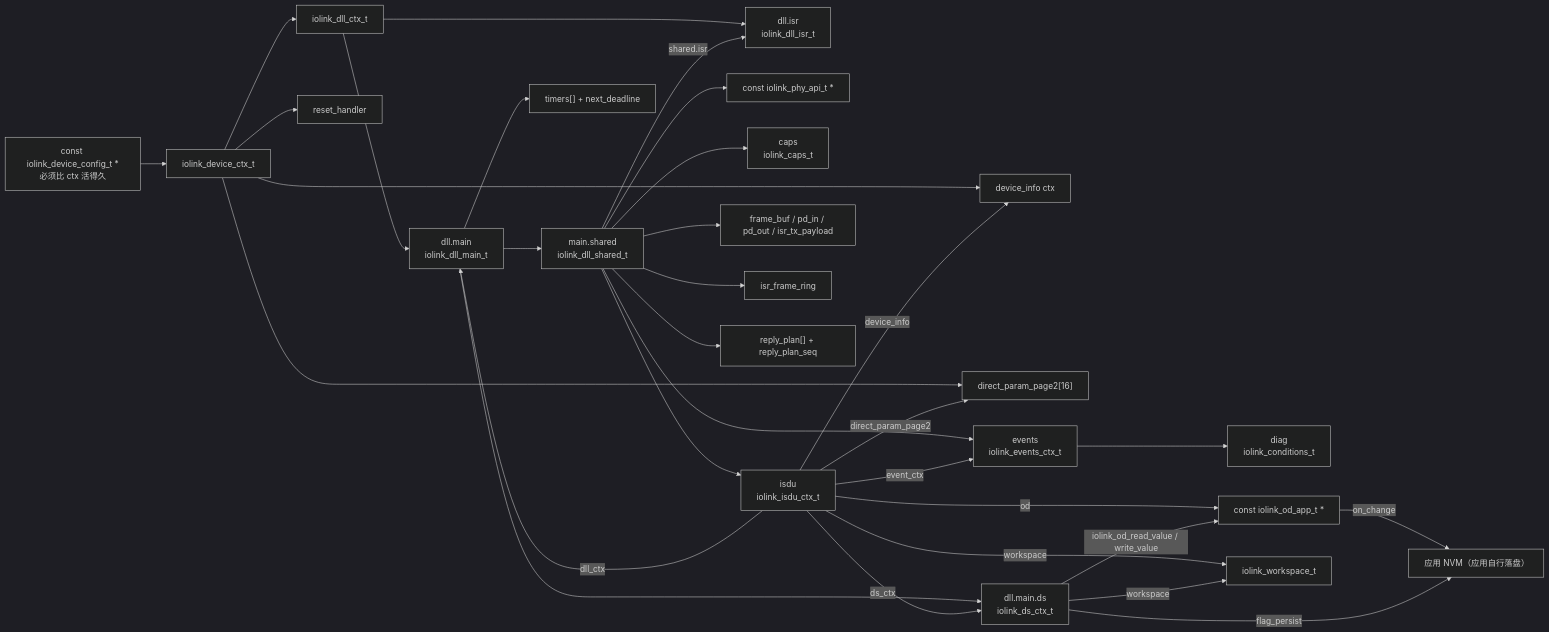
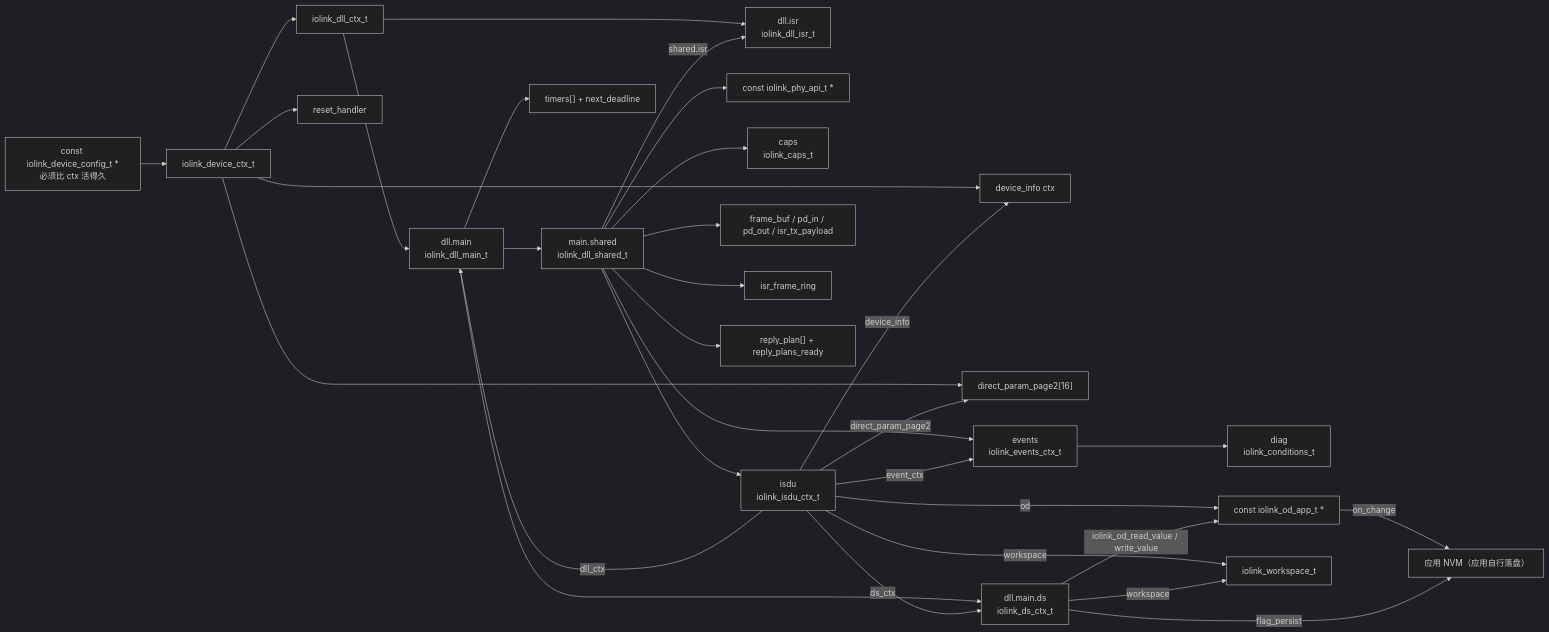
The second of 17 diagrams in docs/CODE_FLOW.md (Adlyq/iolinki), drawn with Mermaid (dark theme) before and after one commit. The commit also changed other lines of this file and 22 other files, not shown here.

````diff
--- a/docs/CODE_FLOW.md
+++ b/docs/CODE_FLOW.md
@@ -163,36 +163,36 @@
 ```mermaid
 flowchart LR
     CFG["const iolink_device_config_t *<br/>必须比 ctx 活得久"] --> DEV["iolink_device_ctx_t"]
     DEV --> DLL["iolink_dll_ctx_t"]
     DEV --> DI["device_info ctx"]
     DEV --> RH["reset_handler"]
     DEV --> P2["direct_param_page2[16]"]
 
     DLL --> MAIN["dll.main<br/>iolink_dll_main_t"]
     DLL --> ISR["dll.isr<br/>iolink_dll_isr_t"]
     MAIN --> SH["main.shared<br/>iolink_dll_shared_t"]
     SH -->|"shared.isr"| ISR
 
     SH --> PHY["const iolink_phy_api_t *"]
     SH --> CAP["caps<br/>iolink_caps_t"]
     SH --> ISDU["isdu<br/>iolink_isdu_ctx_t"]
     SH --> EV["events<br/>iolink_events_ctx_t"]
     SH --> BUF["frame_buf / pd_in / pd_out / isr_tx_payload"]
     SH --> RING["isr_frame_ring"]
-    SH --> PLAN["reply_plan[] + reply_plan_seq"]
+    SH --> PLAN["reply_plan[] + reply_plans_ready"]
     MAIN --> DS["dll.main.ds<br/>iolink_ds_ctx_t"]
     MAIN --> TMR["timers[] + next_deadline"]
     EV --> COND["diag<br/>iolink_conditions_t"]
 
     ISDU -->|ds_ctx| DS
     ISDU -->|event_ctx| EV
     ISDU -->|dll_ctx| MAIN
     ISDU -->|od| OD["const iolink_od_app_t *"]
     ISDU -->|device_info| DI
     ISDU -->|direct_param_page2| P2
     ISDU -->|workspace| WS["iolink_workspace_t"]
     DS -->|workspace| WS
     DS -->|"iolink_od_read_value / write_value"| OD
     OD -->|"on_change"| NVM["应用 NVM（应用自行落盘）"]
     DS -->|flag_persist| NVM
 ```
````
